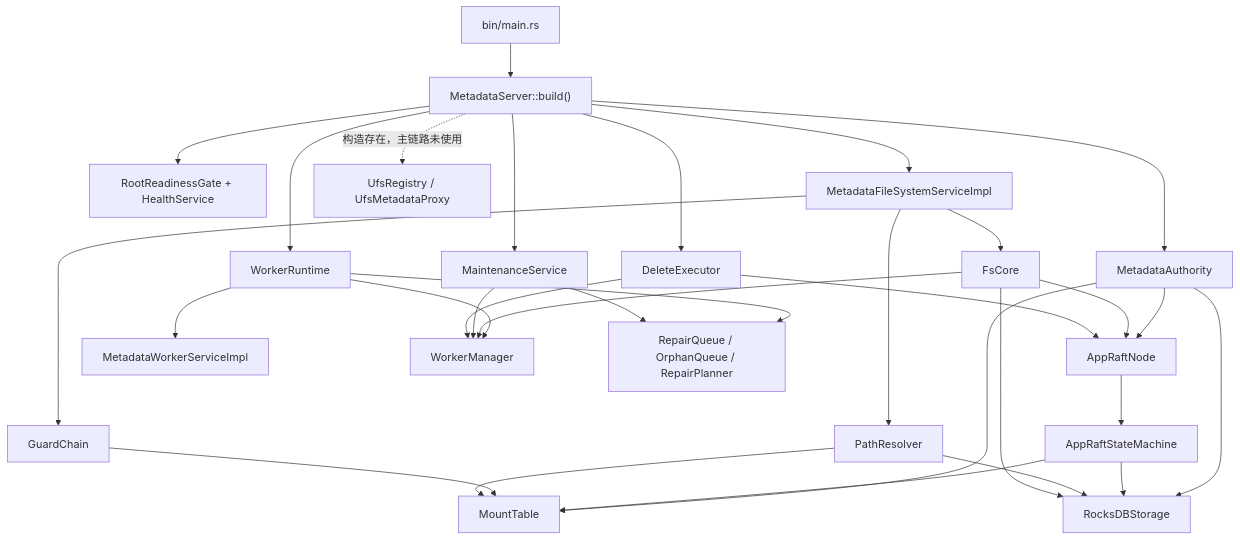
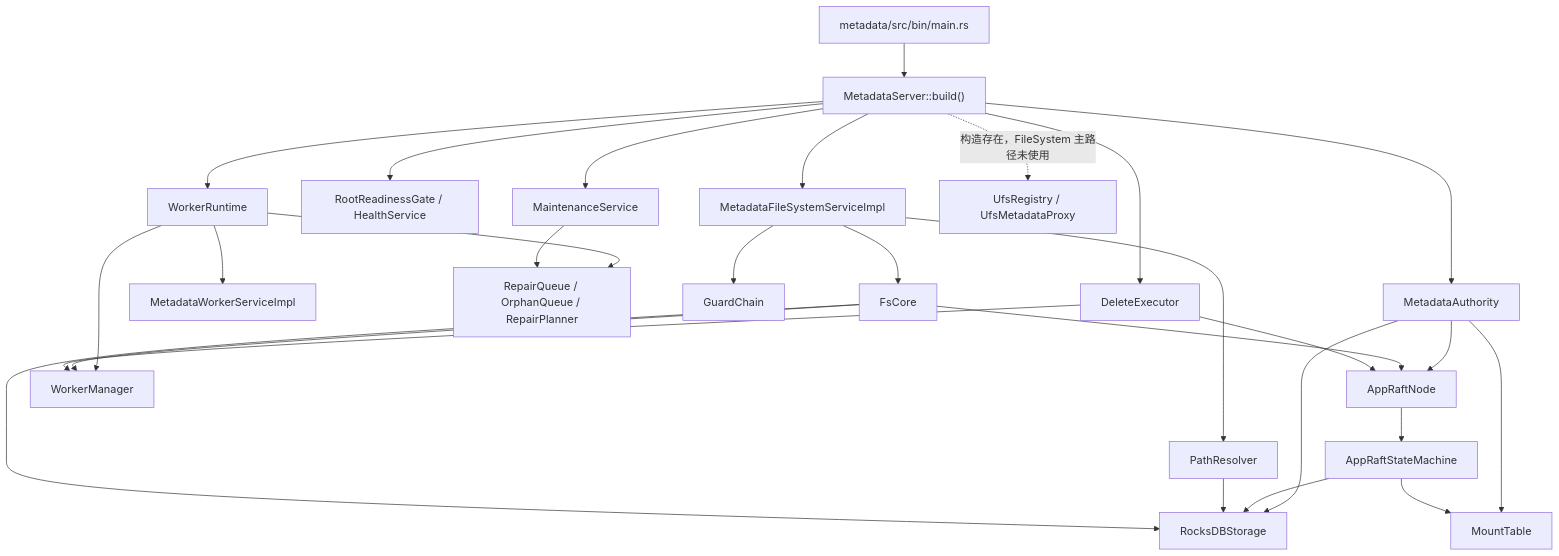
One commit to zouhuajian/beryl changed the diagram in metadata/README_ZH.md. Above: the diagram before and after it, drawn with Mermaid. The commit also changed other lines of this file and 12 other files, not shown here.

````diff
--- a/metadata/README_ZH.md
+++ b/metadata/README_ZH.md
@@ -22,37 +28,34 @@
 ```mermaid
 flowchart TB
-    Main["bin/main.rs"] --> Runtime["MetadataServer::build()"]
+    Main["metadata/src/bin/main.rs"] --> Runtime["MetadataServer::build()"]
     Runtime --> Authority["MetadataAuthority"]
     Authority --> Storage["RocksDBStorage"]
     Authority --> Mount["MountTable"]
     Authority --> Raft["AppRaftNode"]
     Raft --> SM["AppRaftStateMachine"]
     SM --> Storage
     SM --> Mount
 
     Runtime --> WorkerRt["WorkerRuntime"]
     WorkerRt --> WorkerSvc["MetadataWorkerServiceImpl"]
     WorkerRt --> WorkerMgr["WorkerManager"]
     WorkerRt --> Repair["RepairQueue / OrphanQueue / RepairPlanner"]
 
-    Runtime --> Ready["RootReadinessGate + HealthService"]
+    Runtime --> Ready["RootReadinessGate / HealthService"]
     Runtime --> FS["MetadataFileSystemServiceImpl"]
     FS --> Guard["GuardChain"]
     FS --> Resolver["PathResolver"]
     FS --> Core["FsCore"]
-    Guard --> Mount
-    Resolver --> Mount
     Resolver --> Storage
     Core --> Raft
     Core --> Storage
     Core --> WorkerMgr
 
     Runtime --> Maint["MaintenanceService"]
     Runtime --> DeleteExec["DeleteExecutor"]
     Maint --> Repair
-    Maint --> WorkerMgr
     DeleteExec --> WorkerMgr
     DeleteExec --> Raft
 
-    Runtime -. "构造存在，主链路未使用" .-> UFS["UfsRegistry / UfsMetadataProxy"]
+    Runtime -. "构造存在，FileSystem 主路径未使用" .-> UFS["UfsRegistry / UfsMetadataProxy"]
 ```
````
